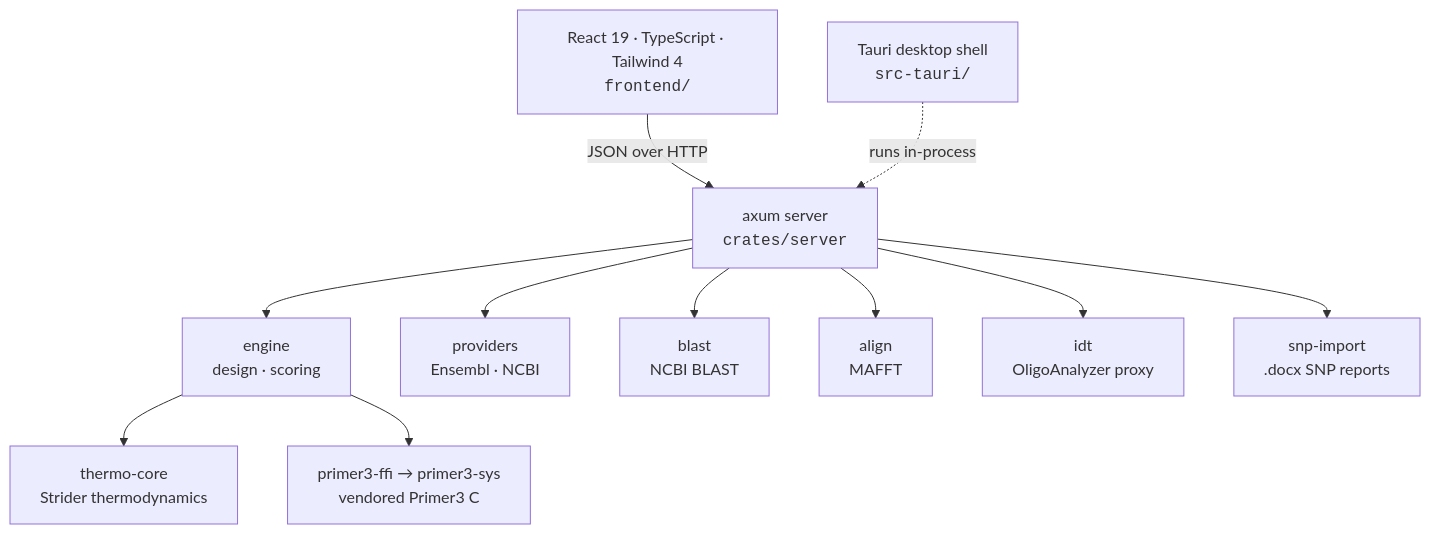
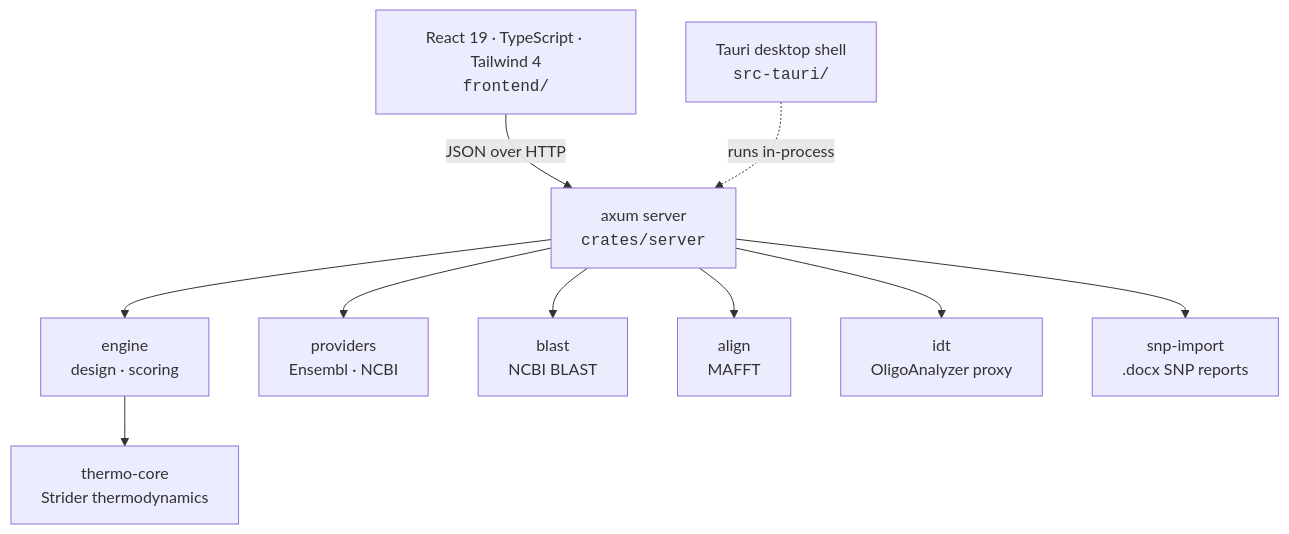
The second of 2 diagrams in README.md (KowalskiBio/Primerool), drawn with Mermaid before and after one commit. The commit also changed other lines of this file and 70 other files, not shown here.

````diff
--- a/README.md
+++ b/README.md
@@ -228,13 +228,12 @@
 ```mermaid
 flowchart TB
     UI["React 19 · TypeScript · Tailwind 4<br/><code>frontend/</code>"] -->|JSON over HTTP| S["axum server<br/><code>crates/server</code>"]
     T["Tauri desktop shell<br/><code>src-tauri/</code>"] -.->|runs in-process| S
     S --> E["engine<br/>design · scoring"]
     E --> TC["thermo-core<br/>Strider thermodynamics"]
-    E --> P3["primer3-ffi → primer3-sys<br/>vendored Primer3 C"]
     S --> PR["providers<br/>Ensembl · NCBI"]
     S --> BL["blast<br/>NCBI BLAST"]
     S --> AL["align<br/>MAFFT"]
     S --> ID["idt<br/>OligoAnalyzer proxy"]
     S --> SN["snp-import<br/>.docx SNP reports"]
 ```
````
